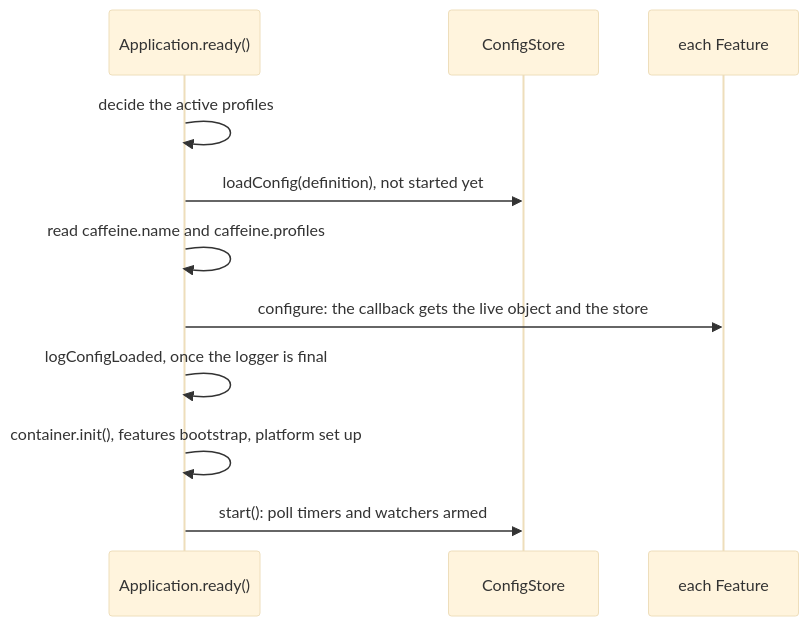
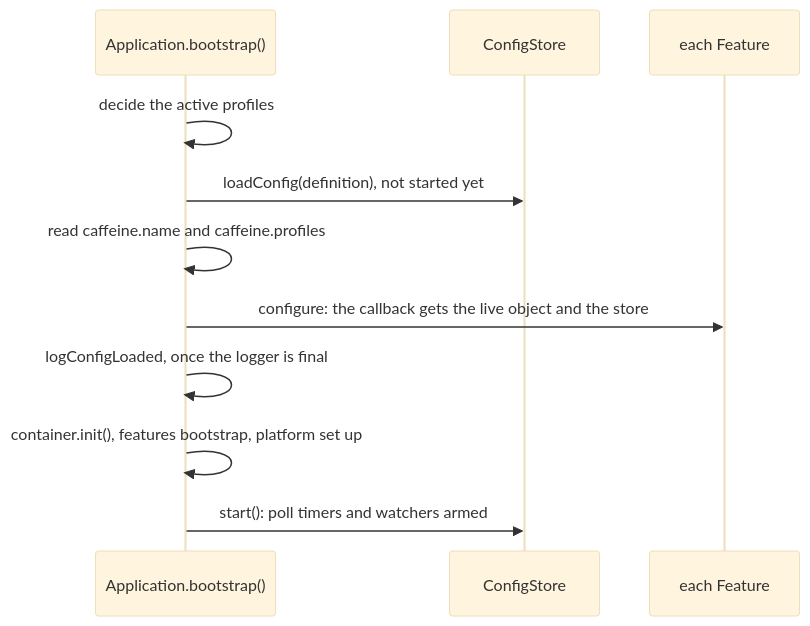
The second of 2 diagrams in std/config/README.md (caffeinejs/caffeine), drawn with Mermaid (base theme) before and after one commit. The commit also changed other lines of this file and 206 other files, not shown here.

Commit message:
refactor: rename ready() to bootstrap()

````diff
--- a/std/config/README.md
+++ b/std/config/README.md
@@ -272,13 +272,13 @@
 ```mermaid
 sequenceDiagram
-  participant App as Application.ready()
+  participant App as Application.bootstrap()
   participant Store as ConfigStore
   participant Feat as each Feature
   App->>App: decide the active profiles
   App->>Store: loadConfig(definition), not started yet
   App->>App: read caffeine.name and caffeine.profiles
   App->>Feat: configure: the callback gets the live object and the store
   App->>App: logConfigLoaded, once the logger is final
   App->>App: container.init(), features bootstrap, platform set up
   App->>Store: start(): poll timers and watchers armed
 ```
````
